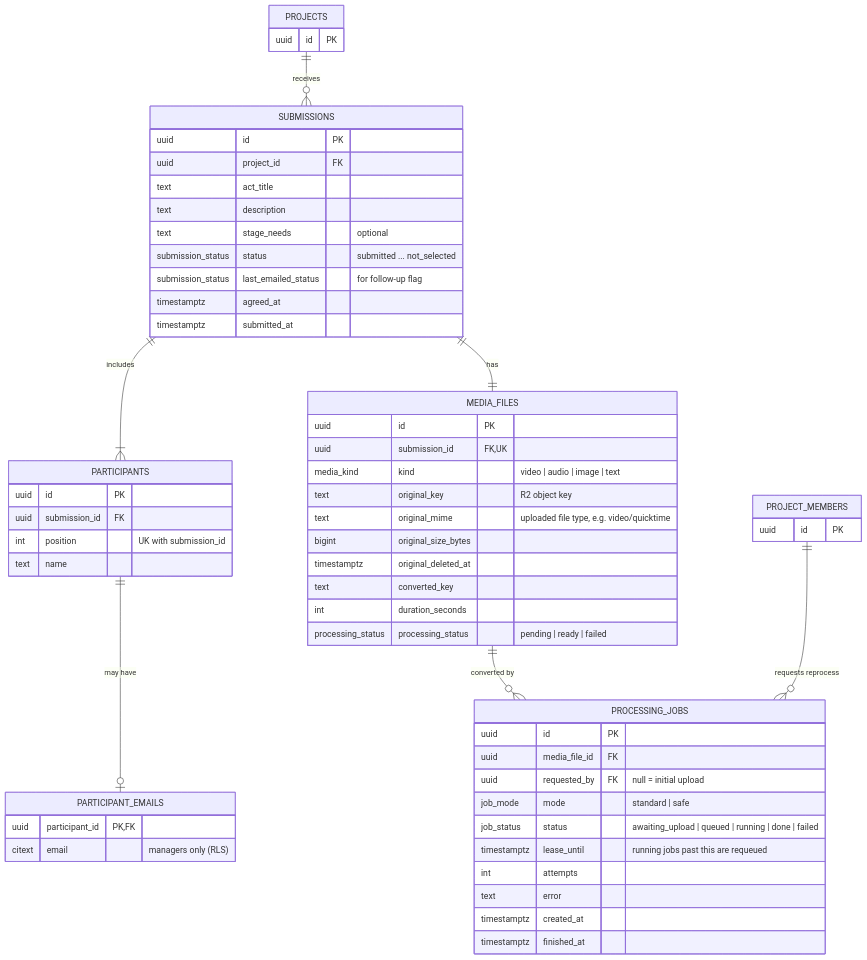
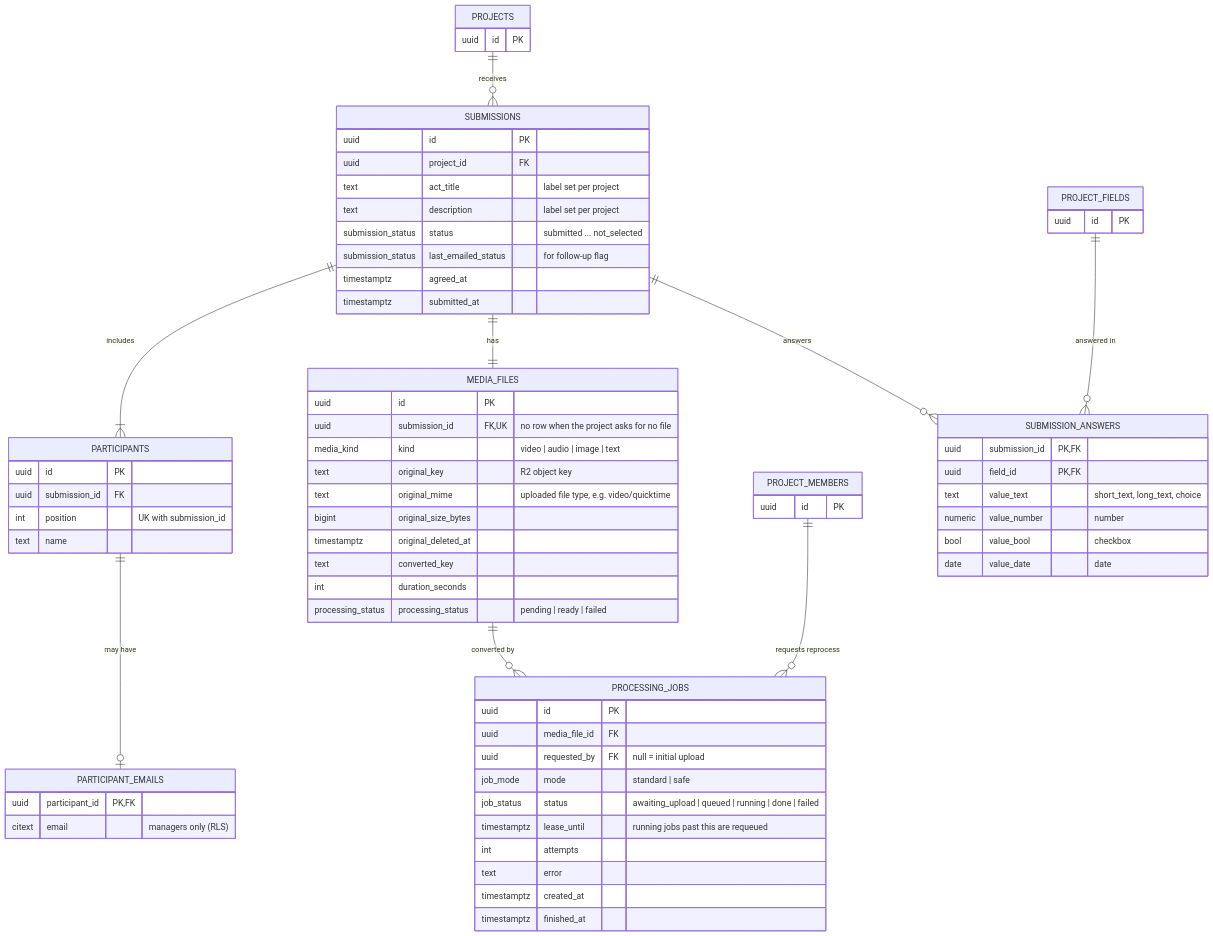
The third of 5 diagrams in Documents/erd.md (dixond01/ChooseTogether), drawn with Mermaid before and after one commit. The commit also changed other lines of this file and 1 other file, not shown here.

Commit message:
Update ERD for custom form fields and add 11/25 log entry

````diff
--- a/Documents/erd.md
+++ b/Documents/erd.md
@@ -94,61 +118,73 @@
 ```mermaid
 erDiagram
     PROJECTS ||--o{ SUBMISSIONS : receives
     SUBMISSIONS ||--|{ PARTICIPANTS : includes
     PARTICIPANTS ||--o| PARTICIPANT_EMAILS : "may have"
     SUBMISSIONS ||--|| MEDIA_FILES : has
     MEDIA_FILES ||--o{ PROCESSING_JOBS : "converted by"
     PROJECT_MEMBERS ||--o{ PROCESSING_JOBS : "requests reprocess"
+    SUBMISSIONS ||--o{ SUBMISSION_ANSWERS : answers
+    PROJECT_FIELDS ||--o{ SUBMISSION_ANSWERS : "answered in"
 
     PROJECTS {
         uuid id PK
     }
     PROJECT_MEMBERS {
         uuid id PK
     }
+    PROJECT_FIELDS {
+        uuid id PK
+    }
     SUBMISSIONS {
         uuid id PK
         uuid project_id FK
-        text act_title
-        text description
-        text stage_needs "optional"
+        text act_title "label set per project"
+        text description "label set per project"
         submission_status status "submitted ... not_selected"
         submission_status last_emailed_status "for follow-up flag"
         timestamptz agreed_at
         timestamptz submitted_at
     }
     PARTICIPANTS {
         uuid id PK
         uuid submission_id FK
         int position "UK with submission_id"
         text name
     }
     PARTICIPANT_EMAILS {
         uuid participant_id PK, FK
         citext email "managers only (RLS)"
     }
+    SUBMISSION_ANSWERS {
+        uuid submission_id PK, FK
+        uuid field_id PK, FK
+        text value_text "short_text, long_text, choice"
+        numeric value_number "number"
+        bool value_bool "checkbox"
+        date value_date "date"
+    }
     MEDIA_FILES {
         uuid id PK
-        uuid submission_id FK, UK
+        uuid submission_id FK, UK "no row when the project asks for no file"
         media_kind kind "video | audio | image | text"
         text original_key "R2 object key"
         text original_mime "uploaded file type, e.g. video/quicktime"
         bigint original_size_bytes
         timestamptz original_deleted_at
         text converted_key
         int duration_seconds
         processing_status processing_status "pending | ready | failed"
     }
     PROCESSING_JOBS {
         uuid id PK
         uuid media_file_id FK
         uuid requested_by FK "null = initial upload"
         job_mode mode "standard | safe"
         job_status status "awaiting_upload | queued | running | done | failed"
         timestamptz lease_until "running jobs past this are requeued"
         int attempts
         text error
         timestamptz created_at
         timestamptz finished_at
     }
 ```
````
